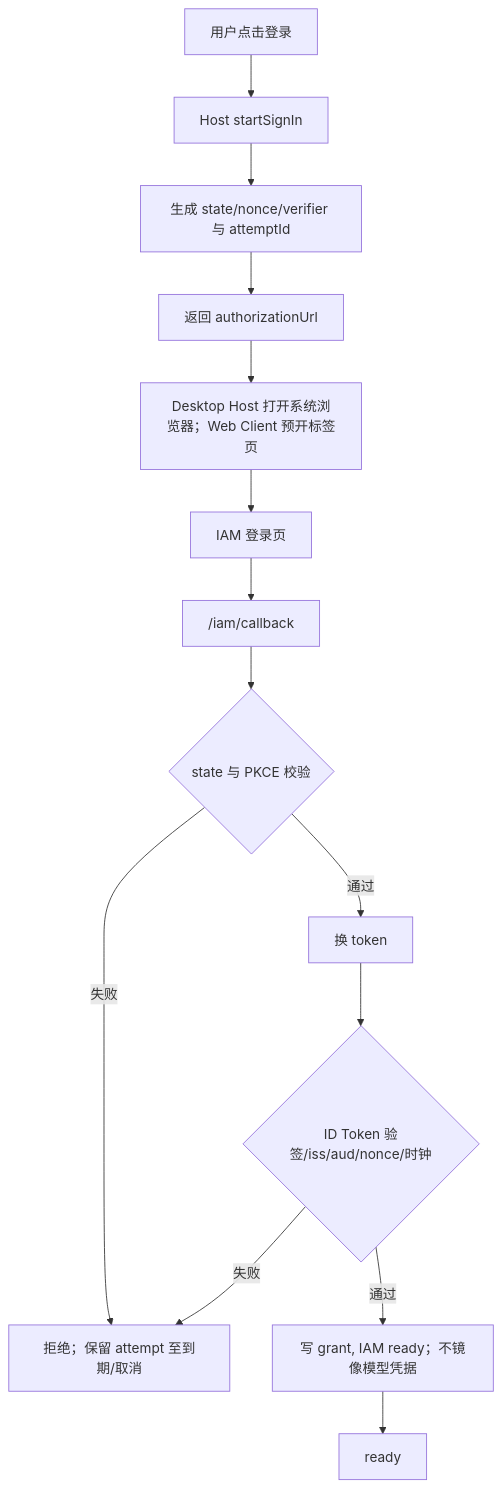
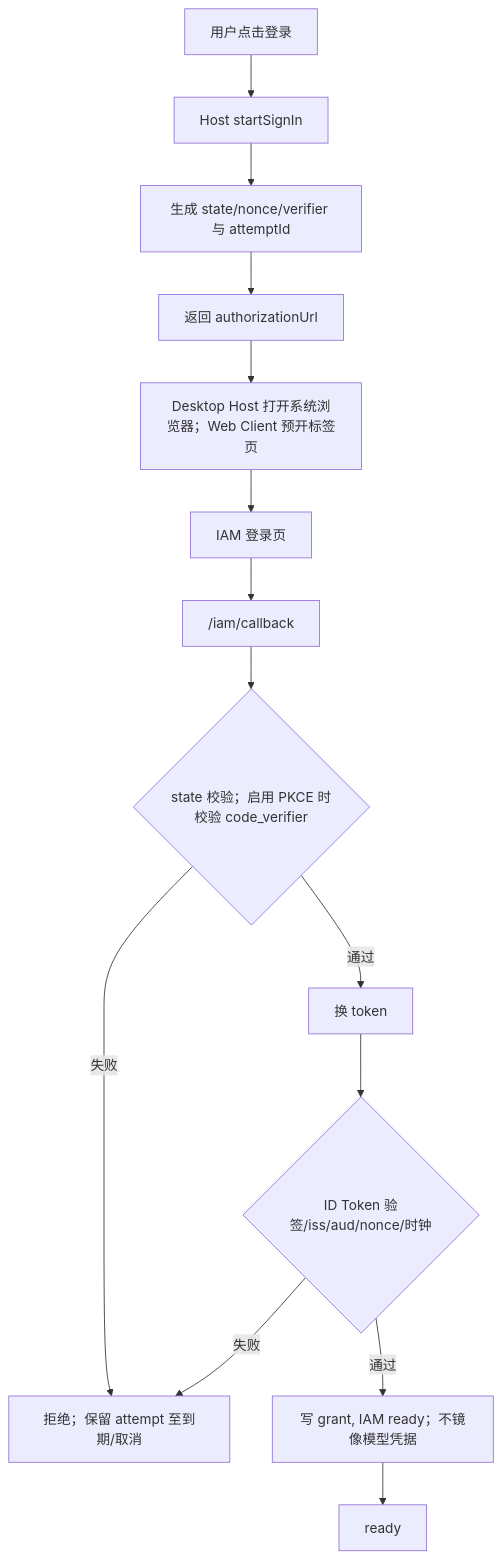
The second of 2 diagrams in docs/design/plugins/forge-iam.md (hrygo/heluo-forge), drawn with Mermaid before and after one commit. The commit also changed other lines of this file and 3 other files, not shown here.

````diff
--- a/docs/design/plugins/forge-iam.md
+++ b/docs/design/plugins/forge-iam.md
@@ -387,16 +391,16 @@
 ```mermaid
 flowchart TD
   A[用户点击登录] --> B[Host startSignIn]
   B --> C["生成 state/nonce/verifier 与 attemptId"]
   C --> D[返回 authorizationUrl]
   D --> E[Desktop Host 打开系统浏览器；Web Client 预开标签页]
   E --> F[IAM 登录页]
   F --> G["/iam/callback"]
-  G --> H{state 与 PKCE 校验}
+  G --> H{state 校验；启用 PKCE 时校验 code_verifier}
   H -->|失败| I[拒绝；保留 attempt 至到期/取消]
   H -->|通过| J[换 token]
   J --> K{"ID Token 验签/iss/aud/nonce/时钟"}
   K -->|失败| I
   K -->|通过| L[写 grant, IAM ready；不镜像模型凭据]
   L --> M[ready]
 ```
````
